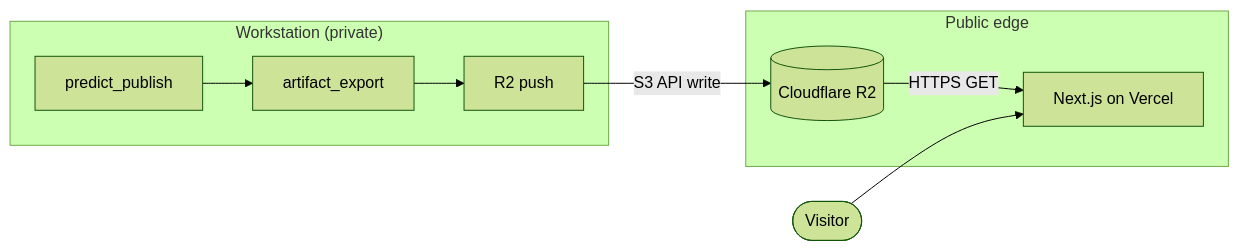
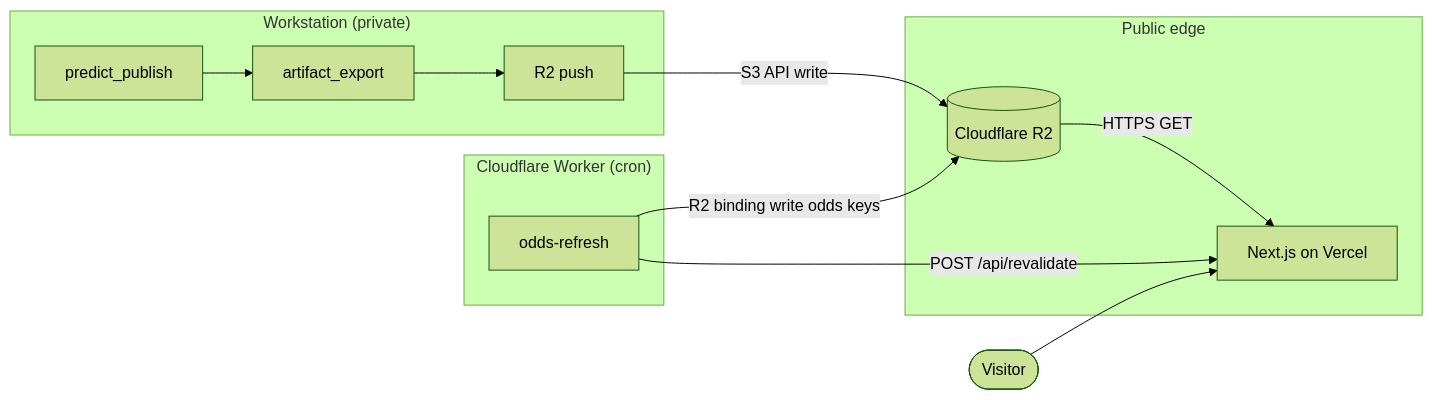
The diagram in docs/webapp/DESIGN.md (acw-hash/the-cfb-model), drawn with Mermaid (forest theme) before and after one commit. The commit also changed other lines of this file and 82 other files, not shown here.

````diff
--- a/docs/webapp/DESIGN.md
+++ b/docs/webapp/DESIGN.md
@@ -487,16 +488,21 @@
 ```mermaid
 flowchart LR
   subgraph workstation["Workstation (private)"]
     PP[predict_publish]
     EX[artifact_export]
     PU[R2 push]
     PP --> EX --> PU
   end
+  subgraph odds_worker["Cloudflare Worker (cron)"]
+    CR[odds-refresh]
+  end
   subgraph cloud["Public edge"]
     R2[(Cloudflare R2)]
     NX[Next.js on Vercel]
     R2 -->|HTTPS GET| NX
   end
   PU -->|S3 API write| R2
+  CR -->|R2 binding write odds keys| R2
+  CR -->|POST /api/revalidate| NX
   User([Visitor]) --> NX
 ```
````
